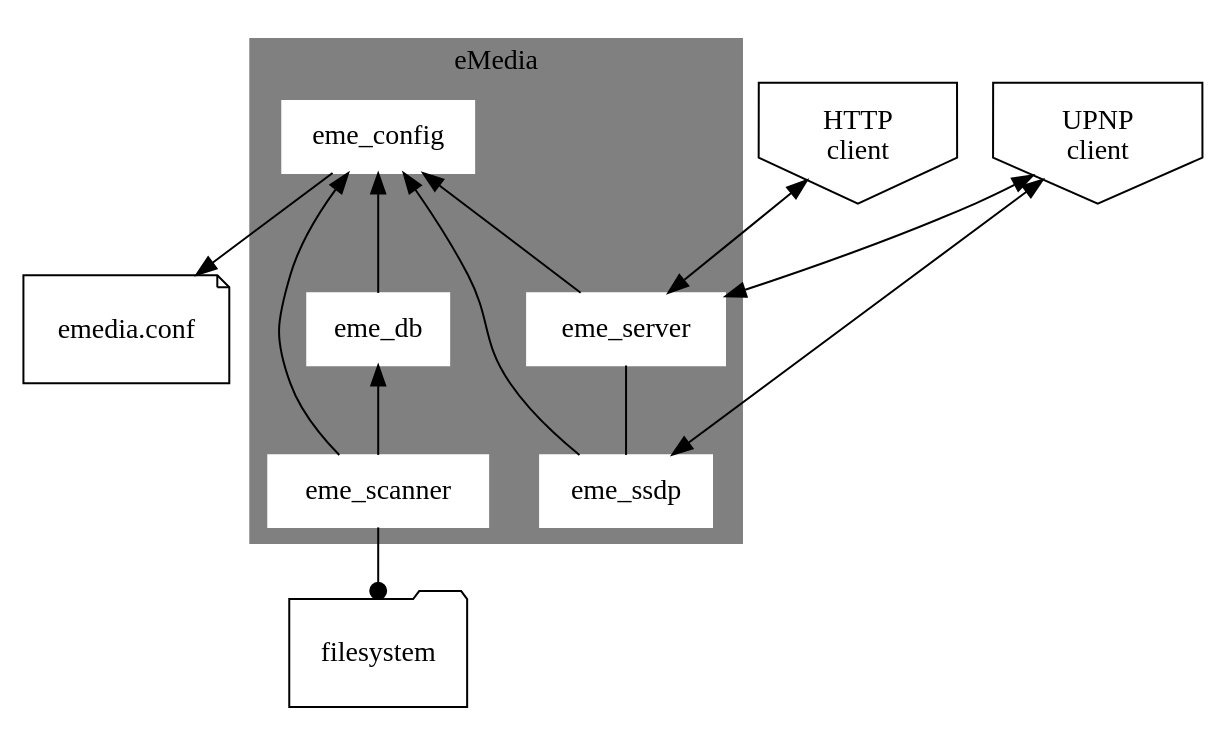
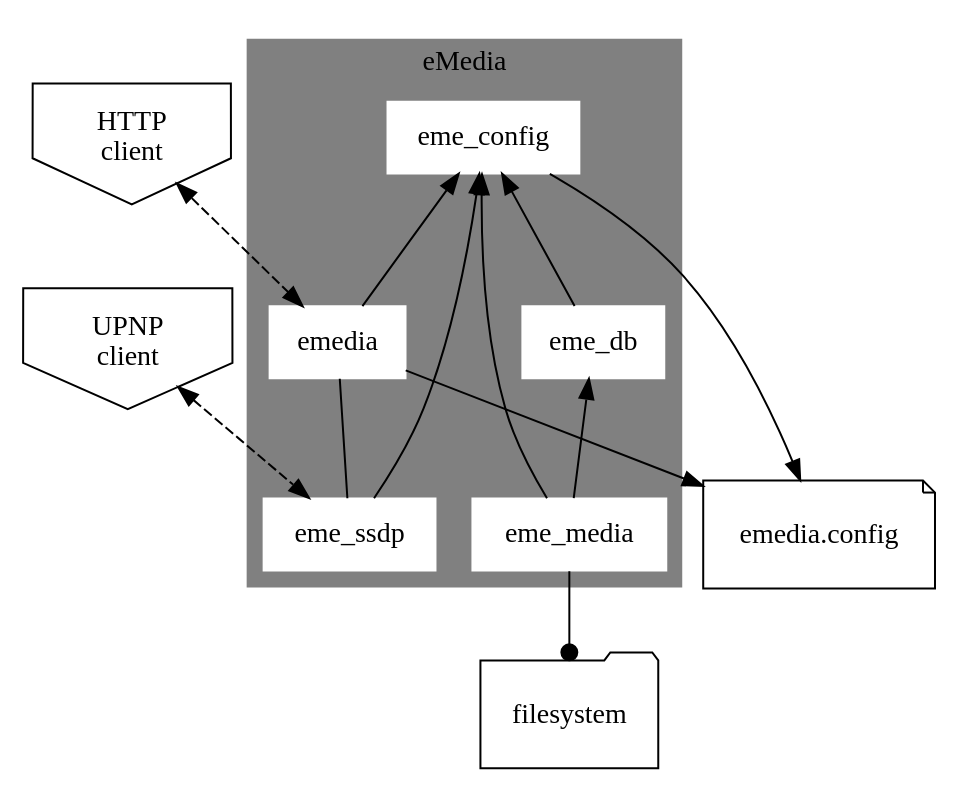
One commit to emedia-project/emedia changed the diagram in emedia.gv. Above: the diagram before and after it, drawn with Graphviz. The commit also changed 23 other files, not shown here.

```diff
--- a/emedia.gv
+++ b/emedia.gv
@@ -1,27 +1,28 @@
 digraph emedia {
   node[shape=box];
+
+  emedia_config[label="\nemedia.config\n ",shape=note];
 
   subgraph cluster_2 {
     node[color=white,style=filled];
     eme_config -> eme_db[dir=back];
-    eme_db -> eme_scanner[dir=back];
-    eme_config -> eme_scanner[dir=back];
-    eme_server -> eme_ssdp[arrowhead=none];
-    eme_config -> eme_server[dir=back];
+    eme_db -> eme_media[dir=back];
+    eme_config -> eme_media[dir=back];
+    emedia -> eme_ssdp[arrowhead=none];
+    eme_config -> emedia[dir=back];
     eme_config -> eme_ssdp[dir=back];
     label = "eMedia";
     color=grey;
     style=filled;
   }
 
     http[label="HTTP\nclient",shape=invhouse];
     ssdp[label="UPNP\nclient", shape=invhouse];
 
-  emedia_conf[label="\nemedia.conf\n ",shape=note];
   filesystem[shape=folder,label="\nfilesystem\n "];
-  eme_config -> emedia_conf;
-  http -> eme_server[dir=both];
-  ssdp -> eme_server[dir=both];
-  ssdp -> eme_ssdp[dir=both];
-  eme_scanner -> filesystem[arrowhead=dot];
+  eme_config -> emedia_config;
+  emedia -> emedia_config;
+  http -> emedia[dir=both, style=dashed];
+  ssdp -> eme_ssdp[dir=both, style=dashed];
+  eme_media -> filesystem[arrowhead=dot];
 }
```
